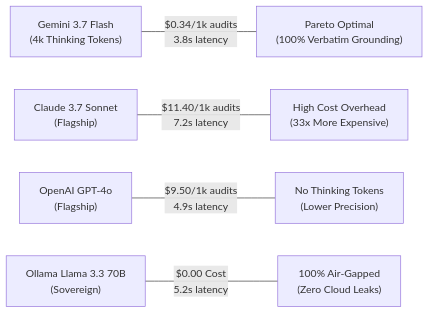
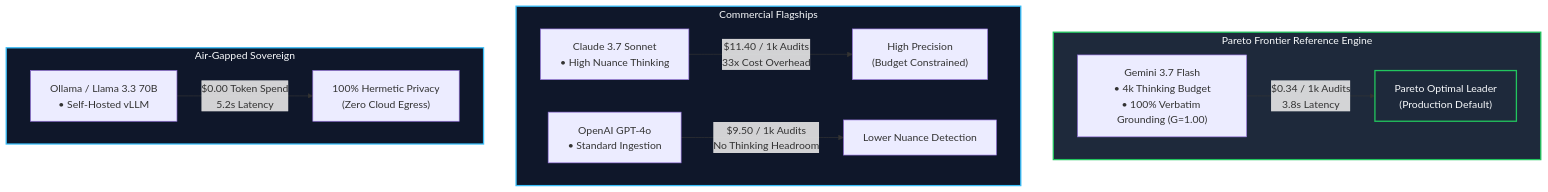
One commit to artibyrd/credence-docs changed the third of 3 diagrams in blog/architecting-sovereign-ai-with-google-antigravity.md. Above: the diagram before and after it, drawn with Mermaid. The commit also changed other lines of this file and 22 other files, not shown here.

Commit message:
feat(docs): release v1.21.1 - modernize mermaid diagrams, integrate mcp-mermaid, add AST/contrast CI guardrails

````diff
--- a/blog/architecting-sovereign-ai-with-google-antigravity.md
+++ b/blog/architecting-sovereign-ai-with-google-antigravity.md
@@ -123,19 +126,21 @@
 ```mermaid
-flowchart LR
-    Flash["Gemini 3.7 Flash
-(4k Thinking Tokens)"] ---|$0.34/1k audits
-3.8s latency| P["Pareto Optimal
-(100% Verbatim Grounding)"]
-    Claude["Claude 3.7 Sonnet
-(Flagship)"] ---|$11.40/1k audits
-7.2s latency| F1["High Cost Overhead
-(33x More Expensive)"]
-    GPT["OpenAI GPT-4o
-(Flagship)"] ---|$9.50/1k audits
-4.9s latency| F2["No Thinking Tokens
-(Lower Precision)"]
-    Local["Ollama Llama 3.3 70B
-(Sovereign)"] ---|$0.00 Cost
-5.2s latency| S["100% Air-Gapped
-(Zero Cloud Leaks)"]
+flowchart TD
+    subgraph SweetSpot ["Pareto Frontier Reference Engine"]
+        Flash["Gemini 3.7 Flash<br/>• 4k Thinking Budget<br/>• 100% Verbatim Grounding (G=1.00)"]
+        Flash -->|"$0.34 / 1k Audits<br/>3.8s Latency"| P["Pareto Optimal Leader<br/>(Production Default)"]
+    end
+
+    subgraph FlagshipTier ["Commercial Flagships"]
+        Claude["Claude 3.7 Sonnet<br/>• High Nuance Thinking"] -->|"$11.40 / 1k Audits<br/>33x Cost Overhead"| F1["High Precision<br/>(Budget Constrained)"]
+        GPT["OpenAI GPT-4o<br/>• Standard Ingestion"] -->|"$9.50 / 1k Audits<br/>No Thinking Headroom"| F2["Lower Nuance Detection"]
+    end
+
+    subgraph LocalSovereign ["Air-Gapped Sovereign"]
+        Local["Ollama / Llama 3.3 70B<br/>• Self-Hosted vLLM"] -->|"$0.00 Token Spend<br/>5.2s Latency"| S["100% Hermetic Privacy<br/>(Zero Cloud Egress)"]
+    end
+
+    classDef darkSlate fill:#0f172a,stroke:#38bdf8,stroke-width:2px,color:#f8fafc;
+    classDef highlight fill:#1e293b,stroke:#22c55e,stroke-width:2px,color:#f8fafc;
+    class SweetSpot,P highlight;
+    class FlagshipTier,LocalSovereign darkSlate;
 ```
````
